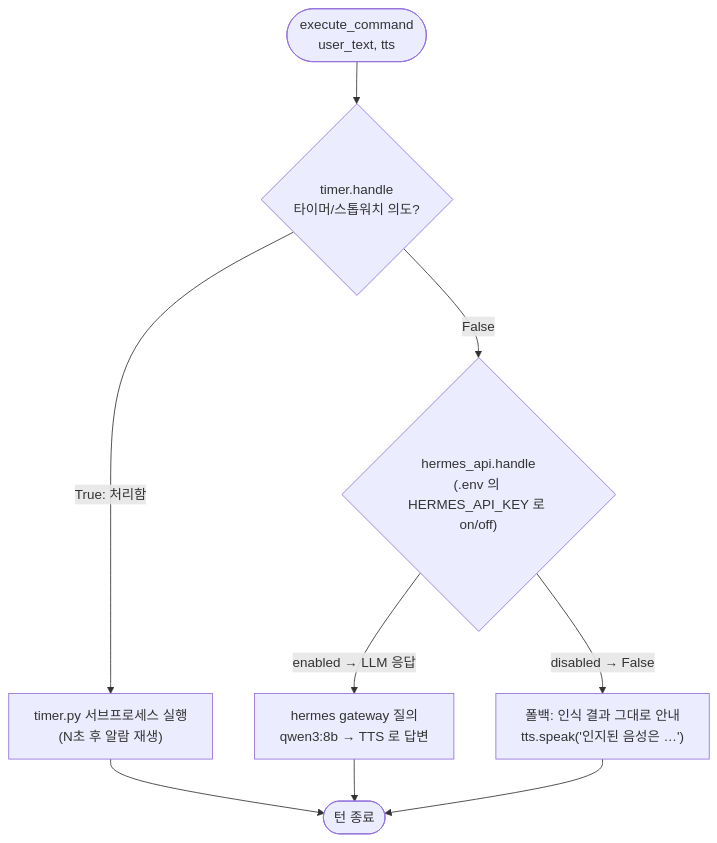
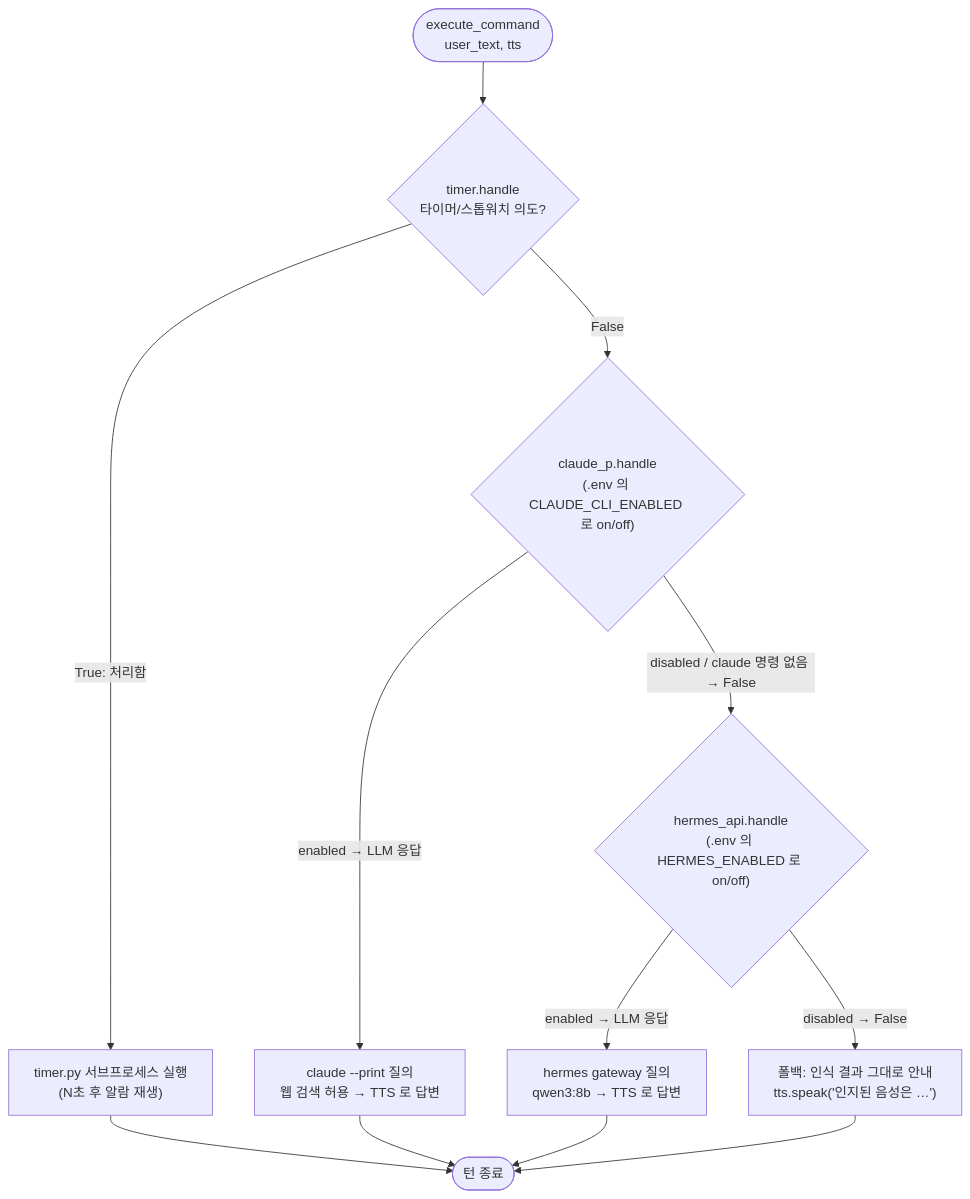
One commit to kjcaway/home-bser changed the second of 2 diagrams in README.md. Above: the diagram before and after it, drawn with Mermaid. The commit also changed other lines of this file and 4 other files, not shown here.

````diff
--- a/README.md
+++ b/README.md
@@ -35,14 +35,18 @@
 ```mermaid
 flowchart TD
     START([execute_command<br/>user_text, tts]) --> TIMER
 
     TIMER{"timer.handle<br/>타이머/스톱워치 의도?"}
     TIMER -->|True: 처리함| TIMER_DO["timer.py 서브프로세스 실행<br/>(N초 후 알람 재생)"] --> DONE([턴 종료])
-    TIMER -->|False| HERMES
+    TIMER -->|False| CLAUDE
 
-    HERMES{"hermes_api.handle<br/>(.env 의 HERMES_API_KEY 로 on/off)"}
+    CLAUDE{"claude_p.handle<br/>(.env 의 CLAUDE_CLI_ENABLED 로 on/off)"}
+    CLAUDE -->|enabled → LLM 응답| CLAUDE_DO["claude --print 질의<br/>웹 검색 허용 → TTS 로 답변"] --> DONE
+    CLAUDE -->|disabled / claude 명령 없음 → False| HERMES
+
+    HERMES{"hermes_api.handle<br/>(.env 의 HERMES_ENABLED 로 on/off)"}
     HERMES -->|enabled → LLM 응답| HERMES_DO["hermes gateway 질의<br/>qwen3:8b → TTS 로 답변"] --> DONE
     HERMES -->|disabled → False| ECHO
 
     ECHO["폴백: 인식 결과 그대로 안내<br/>tts.speak('인지된 음성은 …')"] --> DONE
 ```
````
